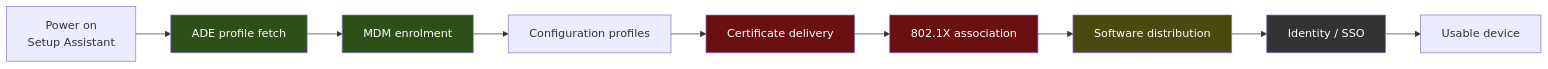
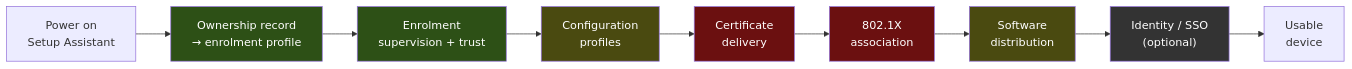
Before and after one commit to vicenteliu/SE-macOS-Endpoint-Automation: the diagram in README.md, drawn with Mermaid. The commit also changed other lines of this file, not shown here.

````diff
--- a/README.md
+++ b/README.md
@@ -30,18 +39,19 @@
 ```mermaid
 flowchart LR
-    A["Power on<br/>Setup Assistant"] --> B["ADE profile fetch"]
-    B --> C["MDM enrolment"]
-    C --> D["Configuration profiles"]
-    D --> E["Certificate delivery"]
-    E --> F["802.1X association"]
-    F --> G["Software distribution"]
-    G --> H["Identity / SSO"]
-    H --> I["Usable device"]
+    A["Power on<br/>Setup Assistant"] --> B["Ownership record<br/>→ enrolment profile"]
+    B --> C["Enrolment<br/>supervision + trust"]
+    C --> D["Configuration<br/>profiles"]
+    D --> E["Certificate<br/>delivery"]
+    E --> F["802.1X<br/>association"]
+    F --> G["Software<br/>distribution"]
+    G --> H["Identity / SSO<br/>(optional)"]
+    H --> I["Usable<br/>device"]
 
     style B fill:#2d5016,color:#fff
     style C fill:#2d5016,color:#fff
+    style D fill:#4a4a10,color:#fff
     style E fill:#6b1010,color:#fff
     style F fill:#6b1010,color:#fff
     style G fill:#4a4a10,color:#fff
     style H fill:#333,color:#fff
 ```
````
